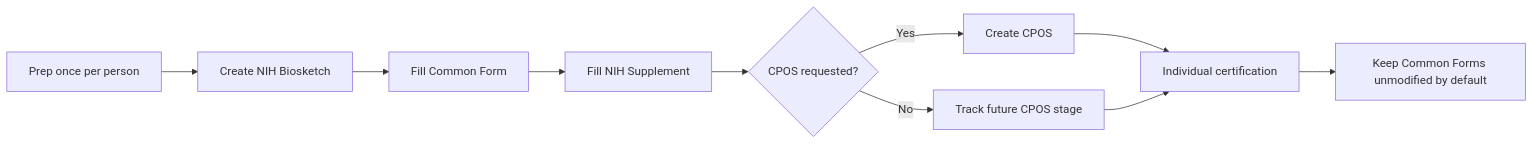
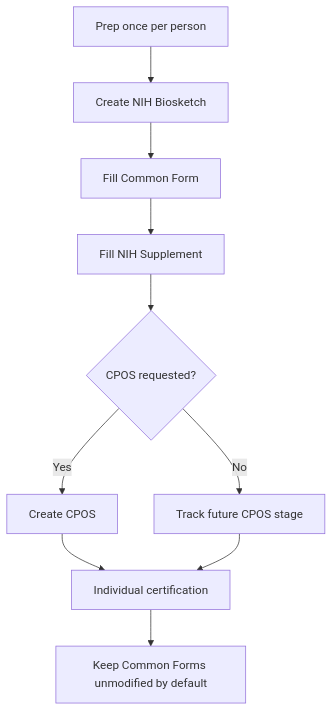
One commit to FritscheLab/nih-sciencv-playbook changed the diagram in docs/complete-walkthrough.md. Above: the diagram before and after it, drawn with Mermaid. The commit also changed other lines of this file and 60 other files, not shown here.

````diff
--- a/docs/complete-walkthrough.md
+++ b/docs/complete-walkthrough.md
@@ -10,14 +10,14 @@
 ```mermaid
-flowchart LR
+flowchart TD
     accTitle: End-to-end Common Forms walkthrough
     accDescr: The complete workflow starts with one-time preparation, creates the biosketch, creates CPOS when requested, and ends with individual certification.
     A["Prep once per person"] --> B["Create NIH Biosketch"]
     B --> C["Fill Common Form"]
     C --> D["Fill NIH Supplement"]
     D --> E{"CPOS requested?"}
     E -- "Yes" --> F["Create CPOS"]
     E -- "No" --> G["Track future CPOS stage"]
     F --> H["Individual certification"]
     G --> H
     H --> I["Keep Common Forms unmodified by default"]
 ```
````
